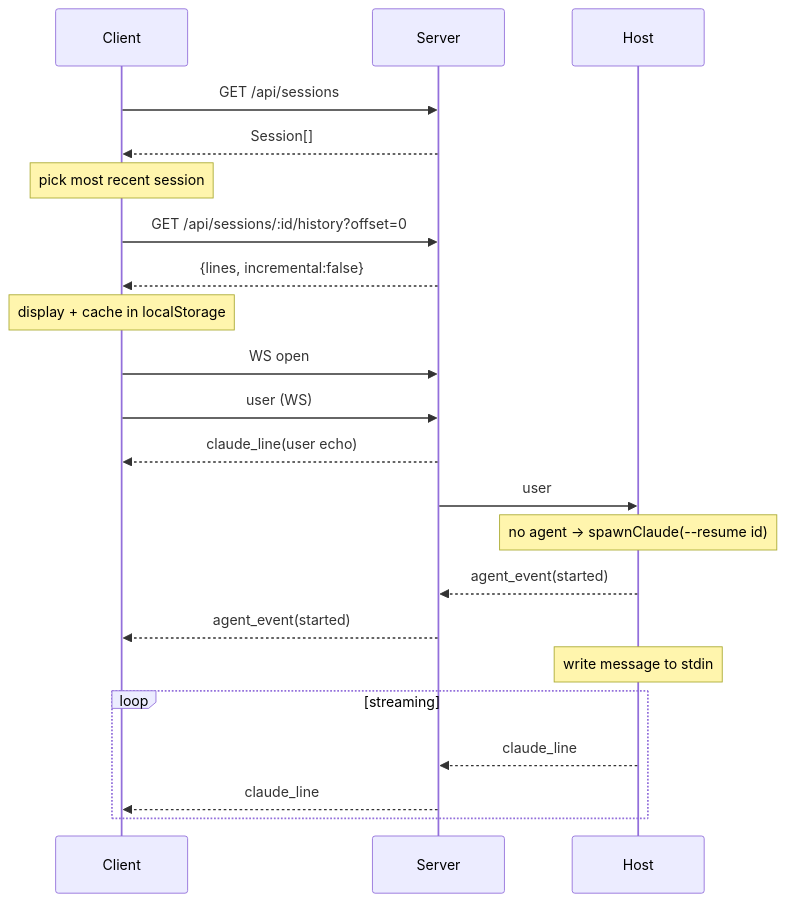
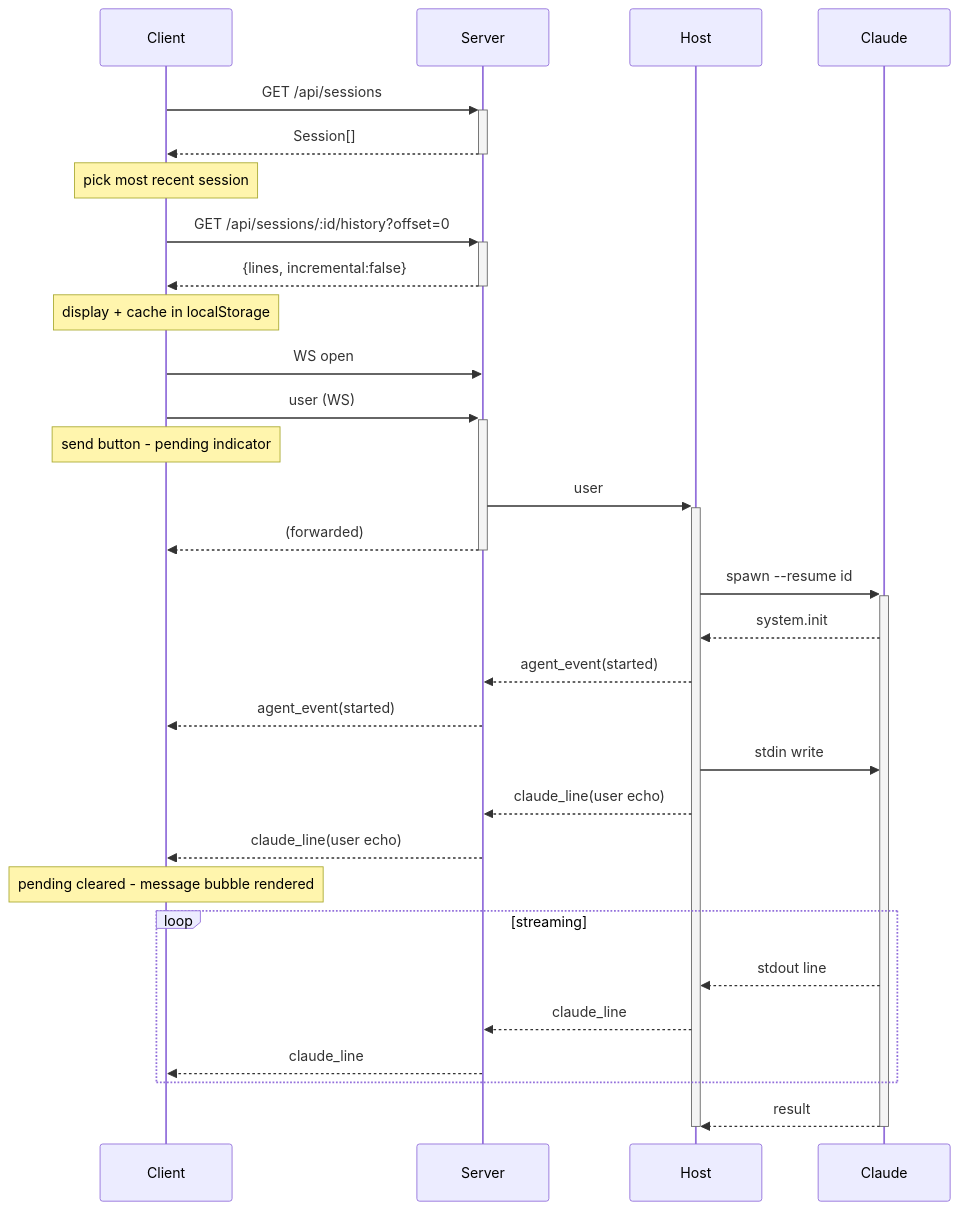
One commit to danlkv/codette changed the first of 5 diagrams in protocol.spec.md. Above: the diagram before and after it, drawn with Mermaid. The commit also changed other lines of this file and 8 other files, not shown here.

First line of the commit message:
host echo, send pending state, mermaid fullscreen, tool open-file btn

````diff
--- a/protocol.spec.md
+++ b/protocol.spec.md
@@ -165,24 +167,33 @@
 ```mermaid
 sequenceDiagram
     participant C as Client
     participant S as Server
     participant H as Host
-    C->>S: GET /api/sessions
-    S-->>C: Session[]
+    participant Cl as Claude
+    C->>+S: GET /api/sessions
+    S-->>-C: Session[]
     Note over C: pick most recent session
-    C->>S: GET /api/sessions/:id/history?offset=0
-    S-->>C: {lines, incremental:false}
+    C->>+S: GET /api/sessions/:id/history?offset=0
+    S-->>-C: {lines, incremental:false}
     Note over C: display + cache in localStorage
     C->>S: WS open
-    C->>S: user (WS)
-    S-->>C: claude_line(user echo)
-    S->>H: user
-    Note over H: no agent → spawnClaude(--resume id)
+    C->>+S: user (WS)
+    Note over C: send button - pending indicator
+    S->>+H: user
+    S-->>-C: (forwarded)
+    H->>+Cl: spawn --resume id
+    Cl-->>H: system.init
     H-->>S: agent_event(started)
     S-->>C: agent_event(started)
-    Note over H: write message to stdin
+    H->>Cl: stdin write
+    H-->>S: claude_line(user echo)
+    S-->>C: claude_line(user echo)
+    Note over C: pending cleared - message bubble rendered
     loop streaming
+        Cl-->>H: stdout line
         H-->>S: claude_line
         S-->>C: claude_line
     end
+    Cl-->>-H: result
+    deactivate H
 ```
````
